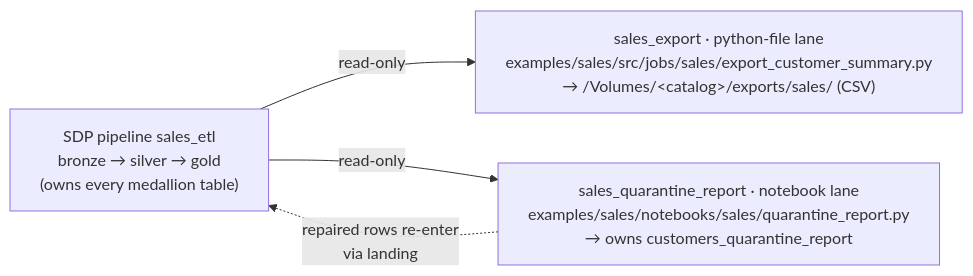
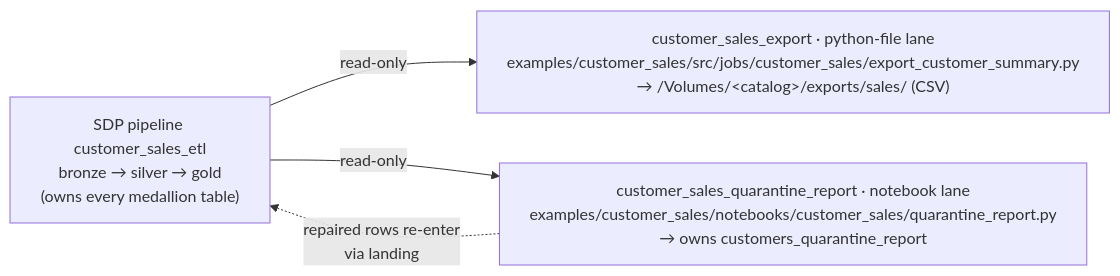
One commit to Vegash09/Demo_Lab changed the second of 5 diagrams in docs/ARCHITECTURE.md. Above: the diagram before and after it, drawn with Mermaid. The commit also changed other lines of this file and 65 other files, not shown here.

First line of the commit message:
Naming: folder paths mirror the UC namespace; sales example becomes customer_sales

````diff
--- a/docs/ARCHITECTURE.md
+++ b/docs/ARCHITECTURE.md
@@ -37,7 +37,7 @@
 ```mermaid
 flowchart LR
-    PL["SDP pipeline sales_etl<br/>bronze → silver → gold<br/>(owns every medallion table)"]
-    PL -->|read-only| EXP["sales_export · python-file lane<br/>examples/sales/src/jobs/sales/export_customer_summary.py<br/>→ /Volumes/&lt;catalog&gt;/exports/sales/ (CSV)"]
-    PL -->|read-only| QR["sales_quarantine_report · notebook lane<br/>examples/sales/notebooks/sales/quarantine_report.py<br/>→ owns customers_quarantine_report"]
+    PL["SDP pipeline customer_sales_etl<br/>bronze → silver → gold<br/>(owns every medallion table)"]
+    PL -->|read-only| EXP["customer_sales_export · python-file lane<br/>examples/customer_sales/src/jobs/customer_sales/export_customer_summary.py<br/>→ /Volumes/&lt;catalog&gt;/exports/sales/ (CSV)"]
+    PL -->|read-only| QR["customer_sales_quarantine_report · notebook lane<br/>examples/customer_sales/notebooks/customer_sales/quarantine_report.py<br/>→ owns customers_quarantine_report"]
     QR -.->|"repaired rows re-enter<br/>via landing"| PL
 ```
````
